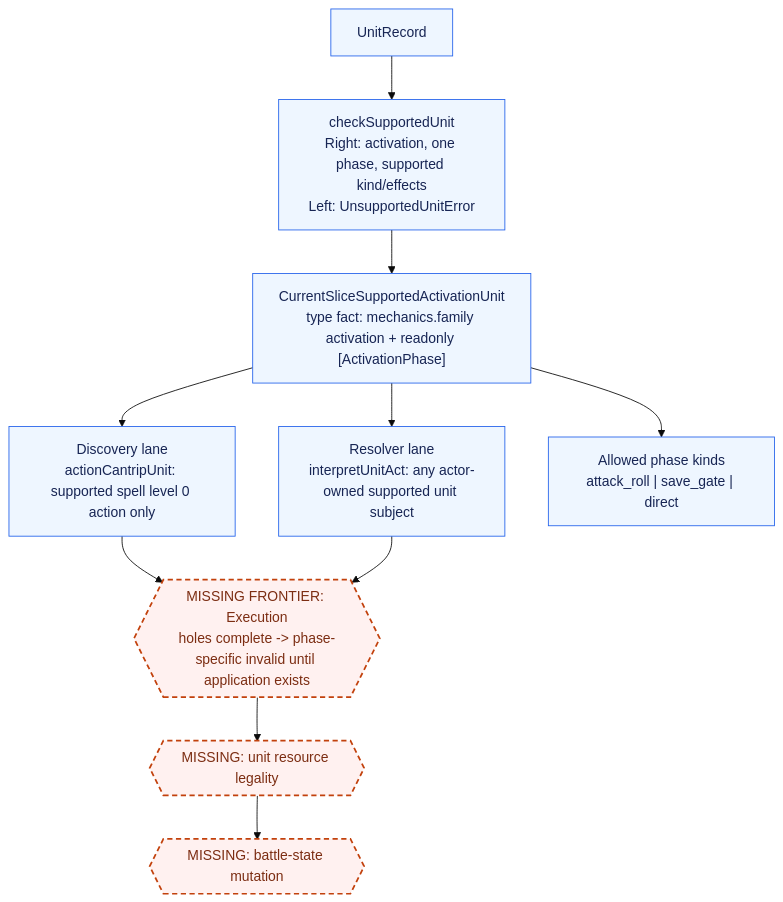
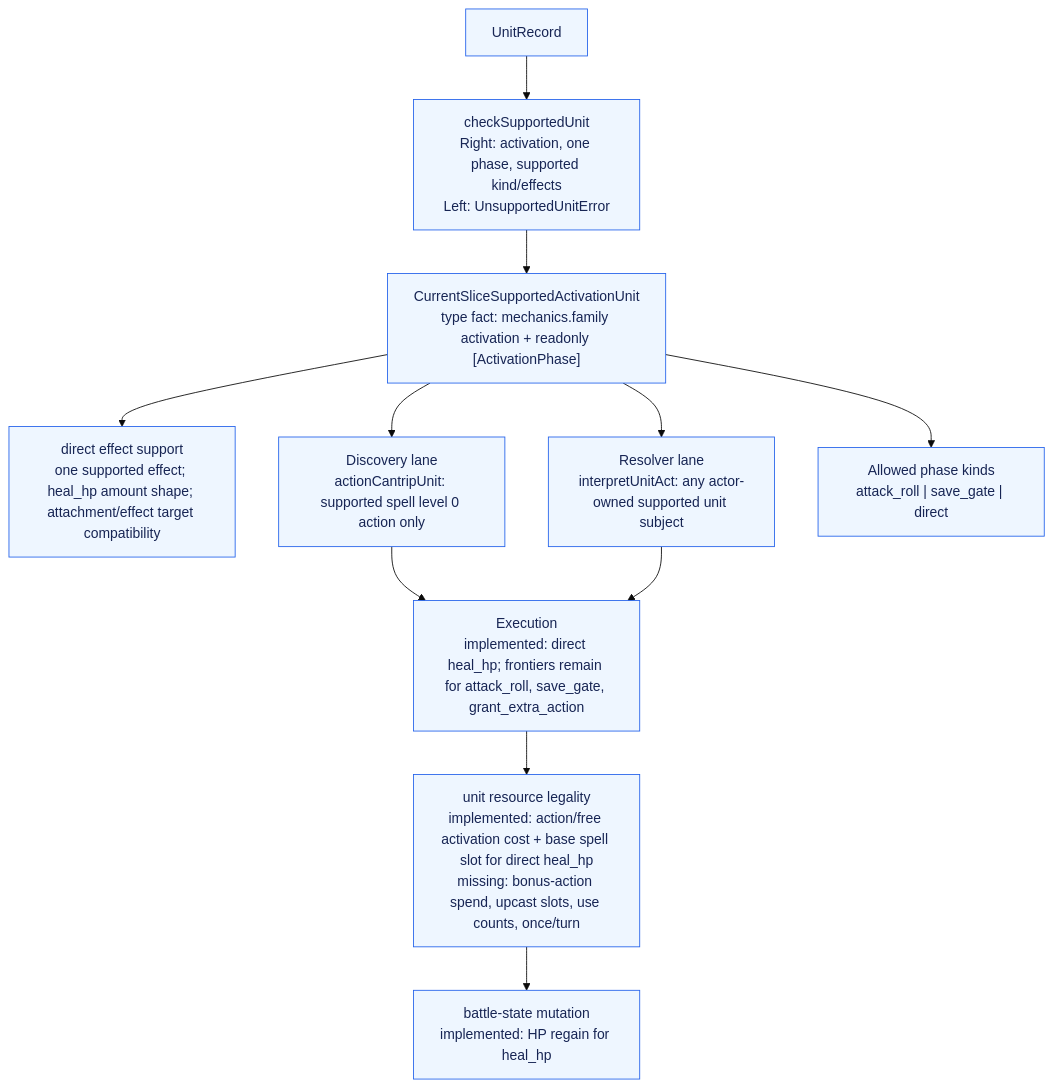
The sixth of 7 diagrams in packages/surface-runtime-correction/ARCHITECTURE_GRAPH.md (dearlordylord/5e-quint), drawn with Mermaid (base theme) before and after one commit. The commit also changed other lines of this file and 2 other files, not shown here.

Commit message:
Add unit resource spending

````diff
--- a/packages/surface-runtime-correction/ARCHITECTURE_GRAPH.md
+++ b/packages/surface-runtime-correction/ARCHITECTURE_GRAPH.md
@@ -224,24 +240,25 @@
 ```mermaid
 flowchart TD
   UnitRecord["UnitRecord"]
   Support["checkSupportedUnit<br/>Right: activation, one phase, supported kind/effects<br/>Left: UnsupportedUnitError"]
   Supported["CurrentSliceSupportedActivationUnit<br/>type fact: mechanics.family activation + readonly [ActivationPhase]"]
+  DirectSupport["direct effect support<br/>one supported effect; heal_hp amount shape; attachment/effect target compatibility"]
   DiscoveryLane["Discovery lane<br/>actionCantripUnit: supported spell level 0 action only"]
   ResolverLane["Resolver lane<br/>interpretUnitAct: any actor-owned supported unit subject"]
   PhaseKinds["Allowed phase kinds<br/>attack_roll | save_gate | direct"]
-  Execution{{"MISSING FRONTIER: Execution<br/>holes complete -> phase-specific invalid until application exists"}}
-  ResourceLegality{{"MISSING: unit resource legality"}}
-  StateMutation{{"MISSING: battle-state mutation"}}
+  Execution["Execution<br/>implemented: direct heal_hp; frontiers remain for attack_roll, save_gate, grant_extra_action"]
+  ResourceLegality["unit resource legality<br/>implemented: action/free activation cost + base spell slot for direct heal_hp<br/>missing: bonus-action spend, upcast slots, use counts, once/turn"]
+  StateMutation["battle-state mutation<br/>implemented: HP regain for heal_hp"]
 
   UnitRecord --> Support --> Supported
   Supported --> PhaseKinds
+  Supported --> DirectSupport
   Supported --> DiscoveryLane
   Supported --> ResolverLane
   DiscoveryLane --> Execution --> ResourceLegality --> StateMutation
   ResolverLane --> Execution
 
   classDef missing fill:#fff1f0,stroke:#c2410c,stroke-width:2px,stroke-dasharray: 6 4,color:#7c2d12;
   classDef implemented fill:#eef6ff,stroke:#2563eb,color:#172554;
-  class Execution,ResourceLegality,StateMutation missing;
-  class UnitRecord,Support,Supported,DiscoveryLane,ResolverLane,PhaseKinds implemented;
+  class UnitRecord,Support,Supported,DirectSupport,DiscoveryLane,ResolverLane,PhaseKinds,Execution,ResourceLegality,StateMutation implemented;
 ```
````
